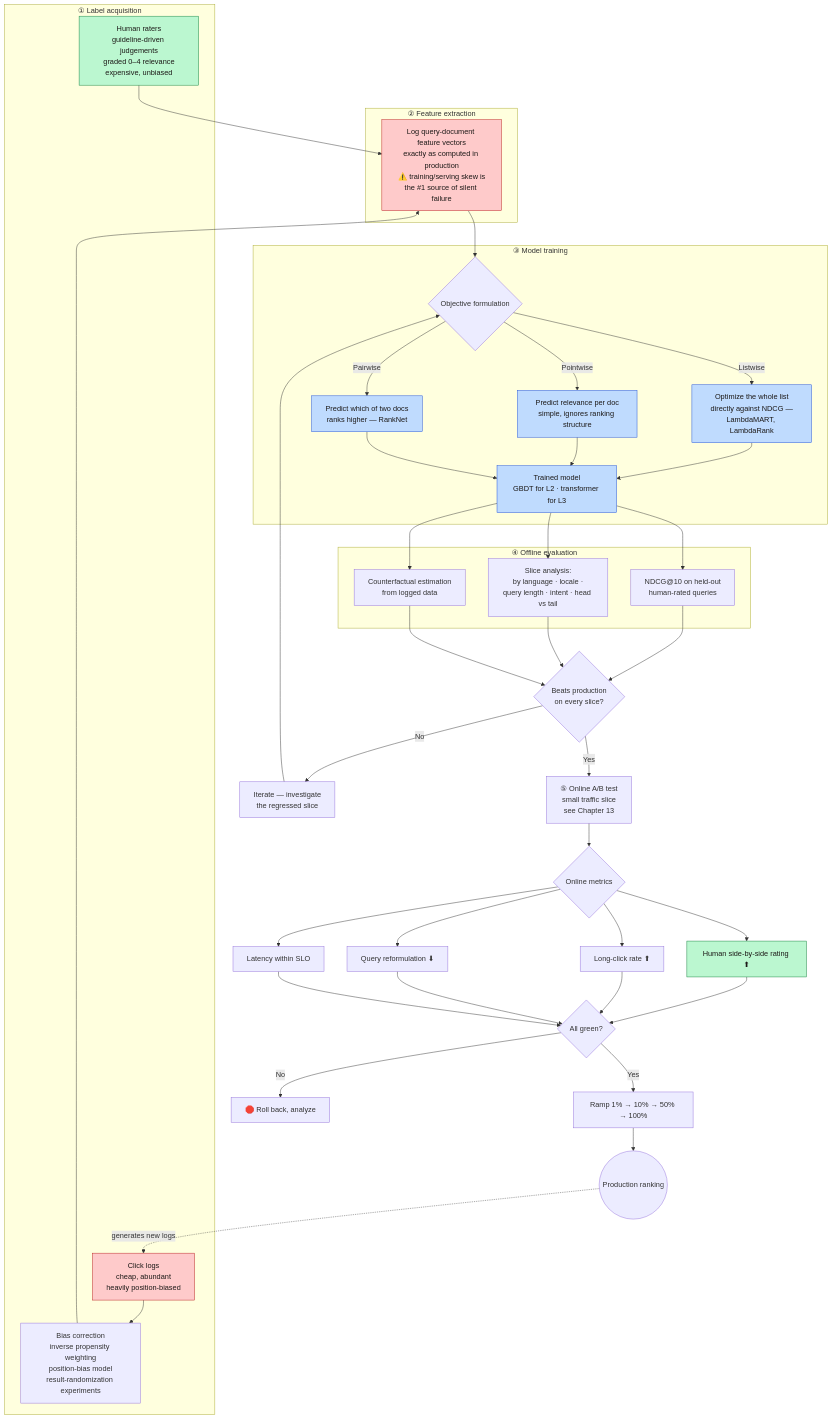
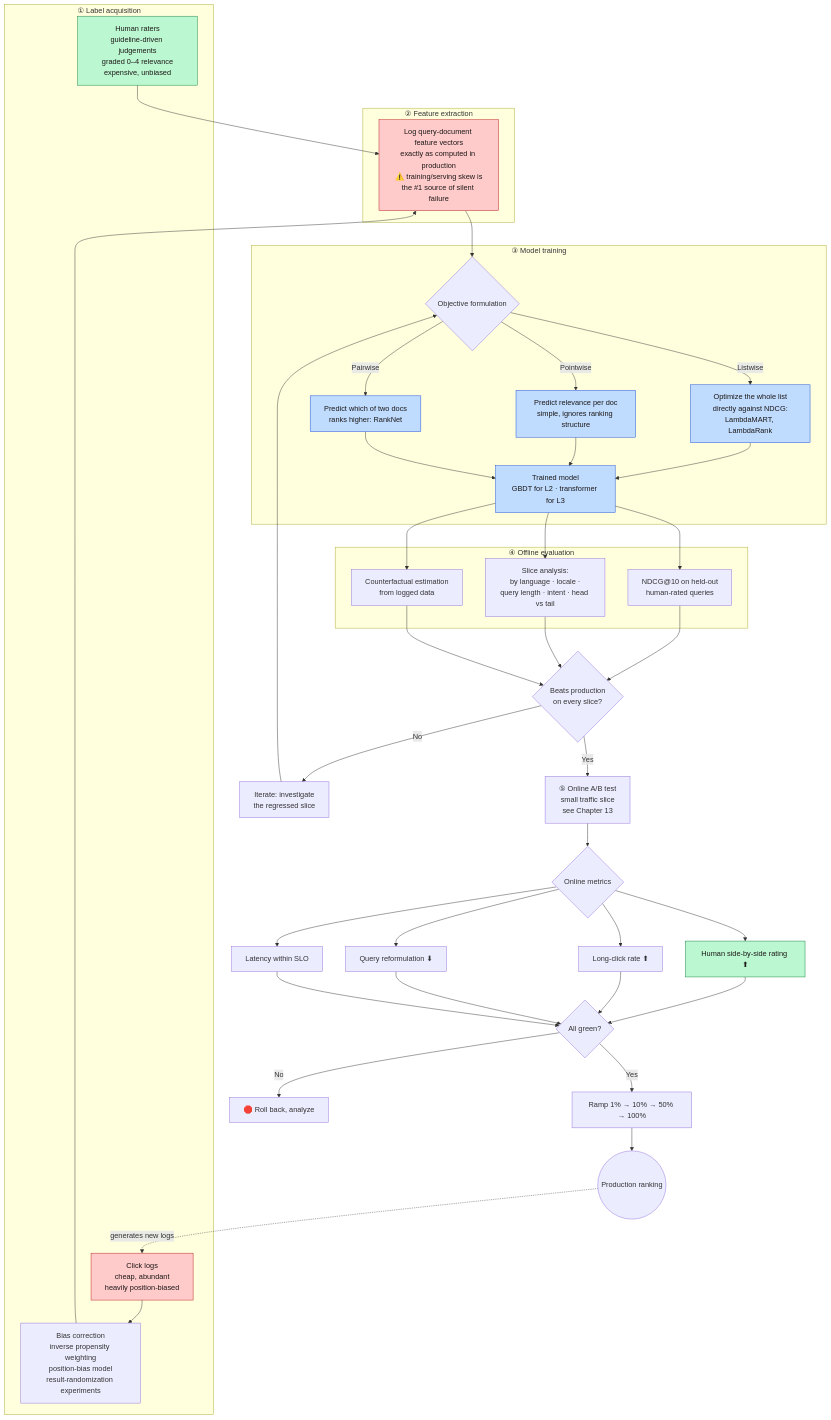
One commit to ahmedselimmansor-ctrl/google-search-system-design changed the diagram in diagrams/D-42-learning-to-rank-training-and-deployment-loop.mmd. Above: the diagram before and after it, drawn with Mermaid. The commit also changed 89 other files, not shown here.

```diff
--- a/diagrams/D-42-learning-to-rank-training-and-deployment-loop.mmd
+++ b/diagrams/D-42-learning-to-rank-training-and-deployment-loop.mmd
@@ -1,59 +1,59 @@
 flowchart TB
     subgraph LABELS["① Label acquisition"]
         HR["Human raters<br/>guideline-driven judgements<br/>graded 0–4 relevance<br/>expensive, unbiased"]
         CL["Click logs<br/>cheap, abundant<br/>heavily position-biased"]
         DEBIAS["Bias correction<br/>inverse propensity weighting<br/>position-bias model<br/>result-randomization experiments"]
         CL --> DEBIAS
     end
 
     subgraph FEATS["② Feature extraction"]
         FX["Log query-document feature vectors<br/>exactly as computed in production<br/>⚠️ training/serving skew is<br/>the #1 source of silent failure"]
     end
 
     HR & DEBIAS --> FX
 
     subgraph TRAIN["③ Model training"]
         OBJ{"Objective formulation"}
         OBJ -->|"Pointwise"| PW["Predict relevance per doc<br/>simple, ignores ranking structure"]
-        OBJ -->|"Pairwise"| PR2["Predict which of two docs<br/>ranks higher — RankNet"]
-        OBJ -->|"Listwise"| LW["Optimize the whole list<br/>directly against NDCG —<br/>LambdaMART, LambdaRank"]
+        OBJ -->|"Pairwise"| PR2["Predict which of two docs<br/>ranks higher: RankNet"]
+        OBJ -->|"Listwise"| LW["Optimize the whole list<br/>directly against NDCG:<br/>LambdaMART, LambdaRank"]
         LW --> MODEL["Trained model<br/>GBDT for L2 · transformer for L3"]
         PW --> MODEL
         PR2 --> MODEL
     end
 
     FX --> OBJ
 
     subgraph EVAL["④ Offline evaluation"]
         E1["NDCG@10 on held-out<br/>human-rated queries"]
         E2["Slice analysis:<br/>by language · locale ·<br/>query length · intent · head vs tail"]
         E3["Counterfactual estimation<br/>from logged data"]
     end
 
     MODEL --> E1 & E2 & E3
 
     E1 & E2 & E3 --> GATE{"Beats production<br/>on every slice?"}
-    GATE -->|"No"| BACK["Iterate — investigate<br/>the regressed slice"]
+    GATE -->|"No"| BACK["Iterate: investigate<br/>the regressed slice"]
     BACK --> OBJ
 
     GATE -->|"Yes"| AB["⑤ Online A/B test<br/>small traffic slice<br/>see Chapter 13"]
 
     AB --> METRICS{"Online metrics"}
     METRICS --> M1["Human side-by-side rating ⬆"]
     METRICS --> M2["Long-click rate ⬆"]
     METRICS --> M3["Query reformulation ⬇"]
     METRICS --> M4["Latency within SLO"]
 
     M1 & M2 & M3 & M4 --> SHIP{"All green?"}
     SHIP -->|"Yes"| RAMP["Ramp 1% → 10% → 50% → 100%"]
     SHIP -->|"No"| ROLL["🛑 Roll back, analyze"]
 
     RAMP --> PROD(("Production ranking"))
     PROD -.->|"generates new logs"| CL
 
     classDef human fill:#bbf7d0,stroke:#15803d,color:#1c1917
     classDef risky fill:#fecaca,stroke:#b91c1c,color:#1c1917
     classDef ml fill:#bfdbfe,stroke:#1d4ed8,color:#1c1917
     class HR,M1 human
     class CL,FX risky
     class PW,PR2,LW,MODEL ml
```
